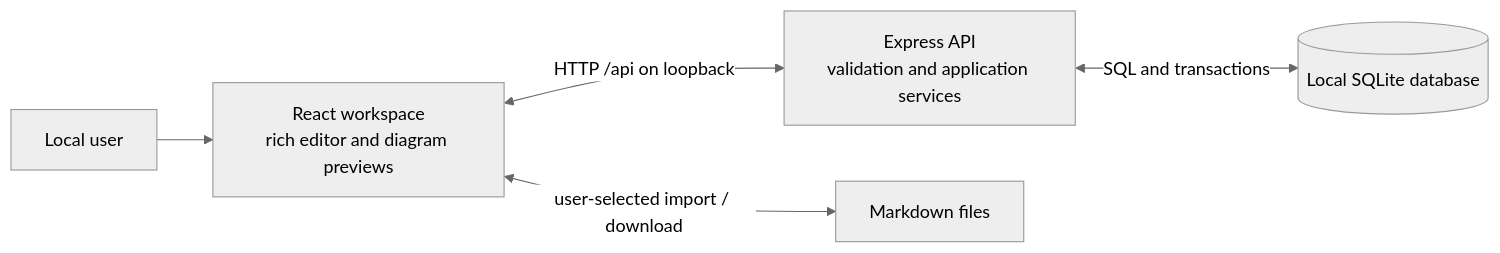
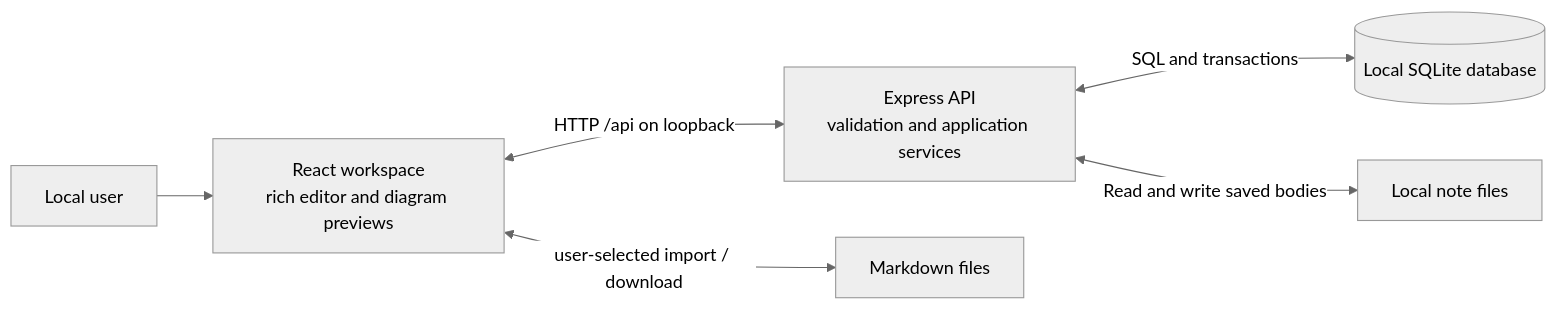
Before and after one commit to Jack-18888/Markdown-notetaker: the diagram in docs/architecture.md, drawn with Mermaid (neutral theme). The commit also changed other lines of this file and 22 other files, not shown here.

````diff
--- a/docs/architecture.md
+++ b/docs/architecture.md
@@ -13,7 +13,8 @@
 ```mermaid
 flowchart LR
     Person["Local user"] --> Web["React workspace<br/>rich editor and diagram previews"]
     Web <-->|"HTTP /api on loopback"| Server["Express API<br/>validation and application services"]
     Server <-->|"SQL and transactions"| DB[("Local SQLite database")]
+    Server <-->|"Read and write saved bodies"| NoteFiles["Local note files"]
     Web <-->|"user-selected import / download"| MD["Markdown files"]
 ```
````
